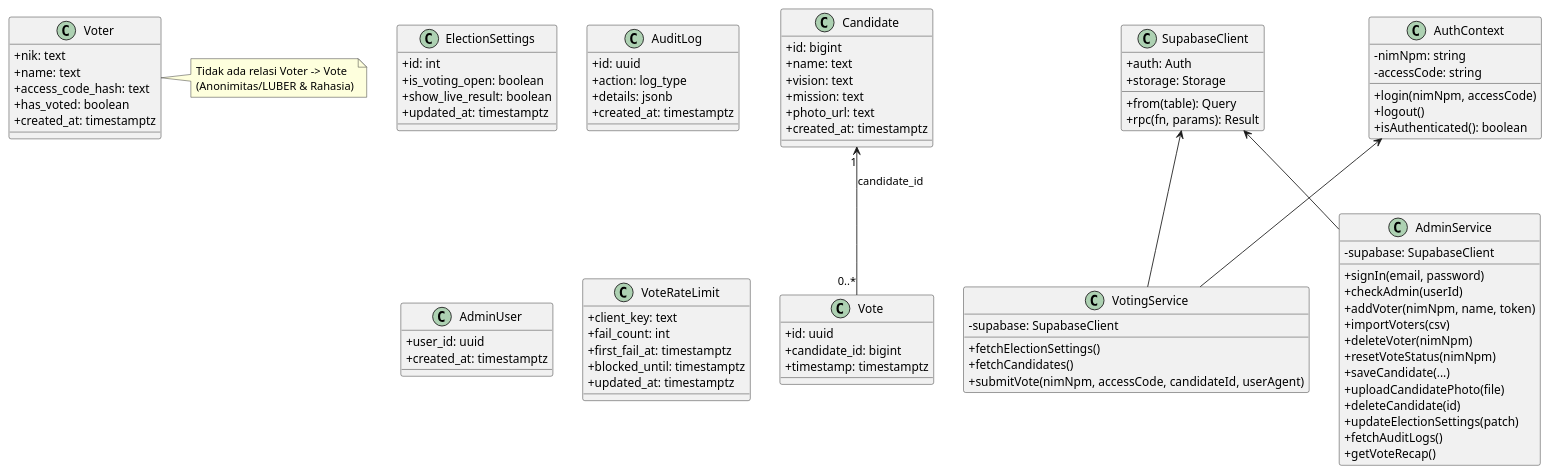
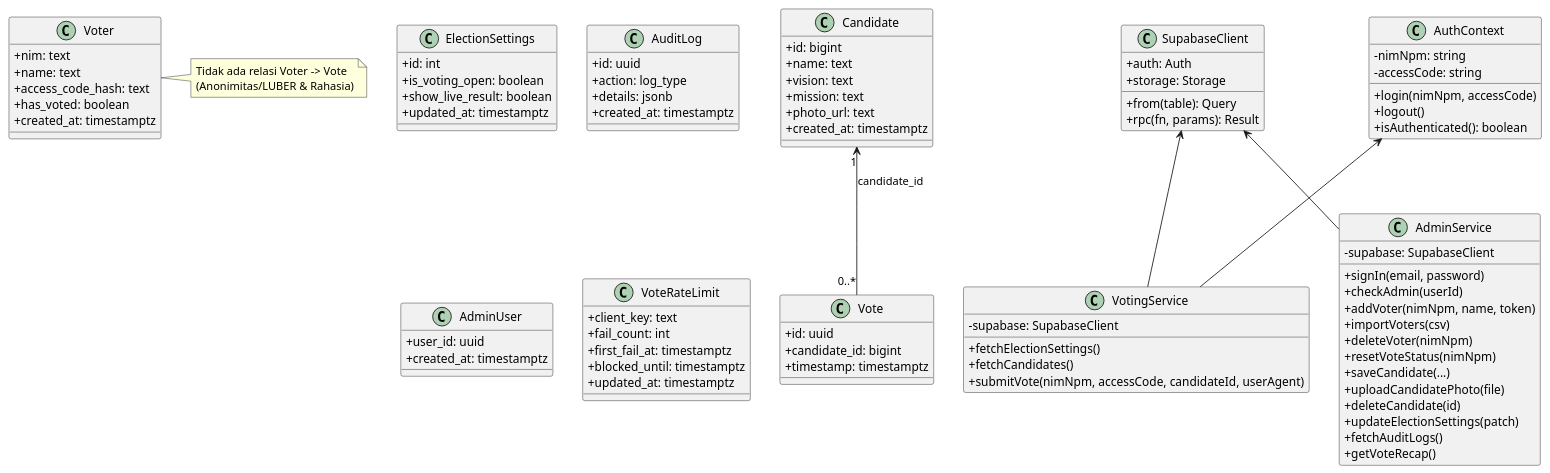
The second of 3 diagrams in UML-Flow.md (E1eng/pemira-unbara), drawn with PlantUML before and after one commit. The commit also changed other lines of this file and 9 other files, not shown here.

Commit message:
fix database nik to nim

```diff
--- a/UML-Flow.md
+++ b/UML-Flow.md
@@ -287,7 +287,7 @@
 }
 
 class Voter {
-  +nik: text
+  +nim: text
   +name: text
   +access_code_hash: text
   +has_voted: boolean
```
